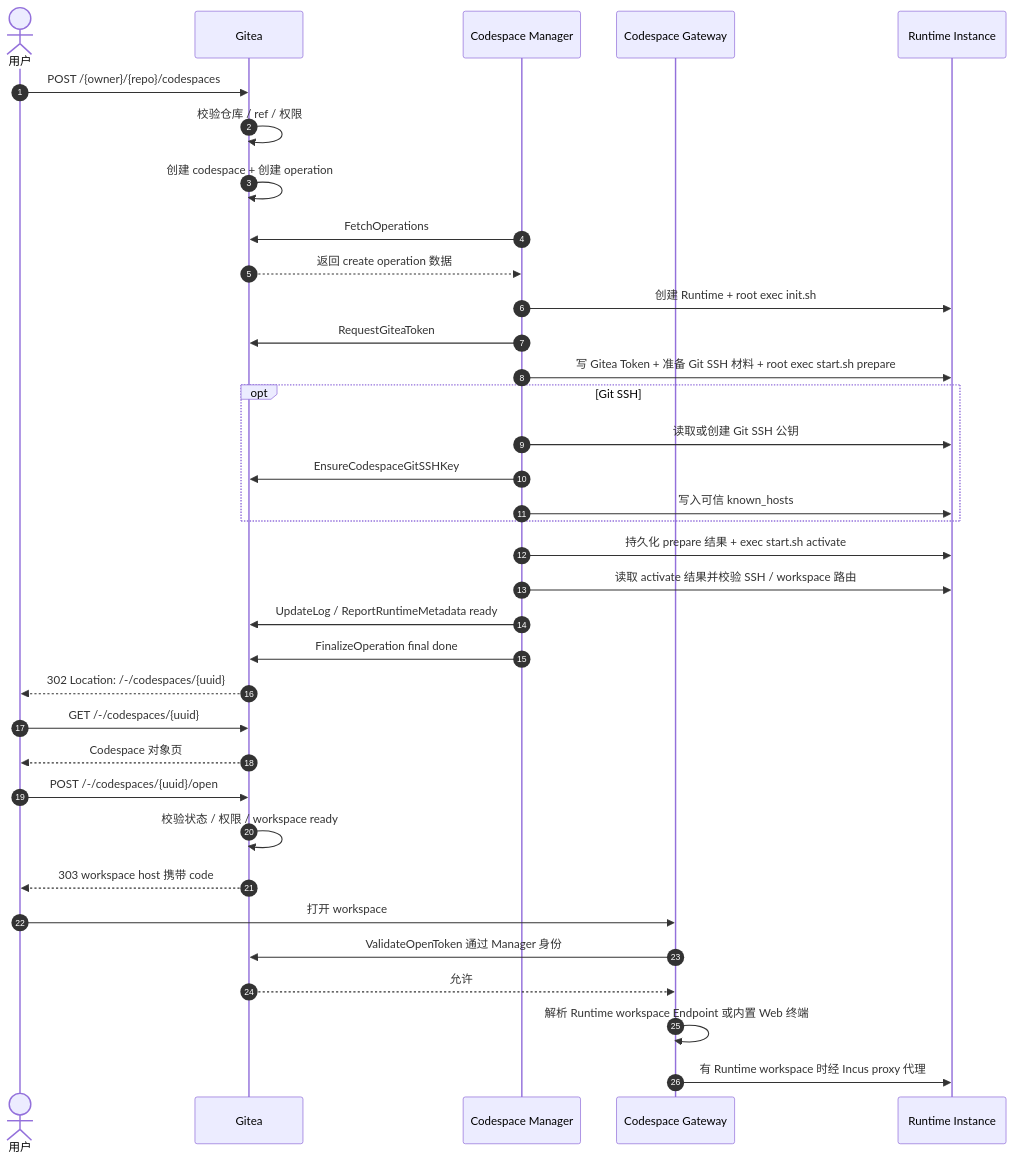
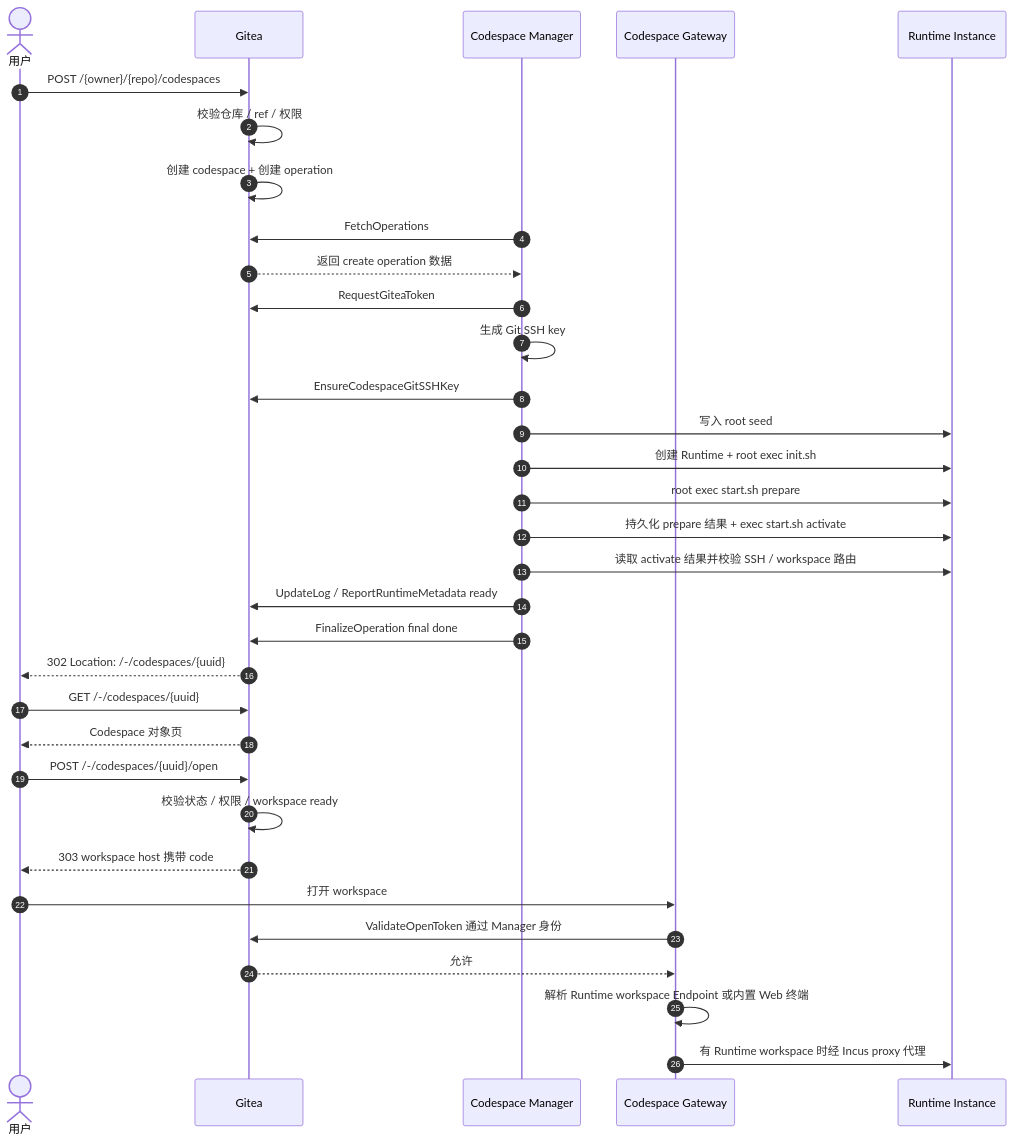
Before and after one commit to ExplodingDragon/gitea-dev: the second of 2 diagrams in src/README.md, drawn with Mermaid. The commit also changed other lines of this file and 10 other files, not shown here.

````diff
--- a/src/README.md
+++ b/src/README.md
@@ -90,39 +90,37 @@
 ```mermaid
 sequenceDiagram
     autonumber
     actor User as 用户
     participant Gitea
     participant Manager as Codespace Manager
     participant Gateway as Codespace Gateway
     participant Runtime as Runtime Instance
 
     User->>Gitea: POST /{owner}/{repo}/codespaces
     Gitea->>Gitea: 校验仓库 / ref / 权限
     Gitea->>Gitea: 创建 codespace + 创建 operation
     Manager->>Gitea: FetchOperations
     Gitea-->>Manager: 返回 create operation 数据
+    Manager->>Gitea: RequestGiteaToken
+    Manager->>Manager: 生成 Git SSH key
+    Manager->>Gitea: EnsureCodespaceGitSSHKey
+    Manager->>Runtime: 写入 root seed
     Manager->>Runtime: 创建 Runtime + root exec init.sh
-    Manager->>Gitea: RequestGiteaToken
-    Manager->>Runtime: 写 Gitea Token + 准备 Git SSH 材料 + root exec start.sh prepare
-    opt Git SSH
-        Manager->>Runtime: 读取或创建 Git SSH 公钥
-        Manager->>Gitea: EnsureCodespaceGitSSHKey
-        Manager->>Runtime: 写入可信 known_hosts
-    end
+    Manager->>Runtime: root exec start.sh prepare
     Manager->>Runtime: 持久化 prepare 结果 + exec start.sh activate
     Manager->>Runtime: 读取 activate 结果并校验 SSH / workspace 路由
     Manager->>Gitea: UpdateLog / ReportRuntimeMetadata ready
     Manager->>Gitea: FinalizeOperation final done
     Gitea-->>User: 302 Location: /-/codespaces/{uuid}
     User->>Gitea: GET /-/codespaces/{uuid}
     Gitea-->>User: Codespace 对象页
 
     User->>Gitea: POST /-/codespaces/{uuid}/open
     Gitea->>Gitea: 校验状态 / 权限 / workspace ready
     Gitea-->>User: 303 workspace host 携带 code
     User->>Gateway: 打开 workspace
     Gateway->>Gitea: ValidateOpenToken 通过 Manager 身份
     Gitea-->>Gateway: 允许
     Gateway->>Gateway: 解析 Runtime workspace Endpoint 或内置 Web 终端
     Gateway->>Runtime: 有 Runtime workspace 时经 Incus proxy 代理
 ```
````
